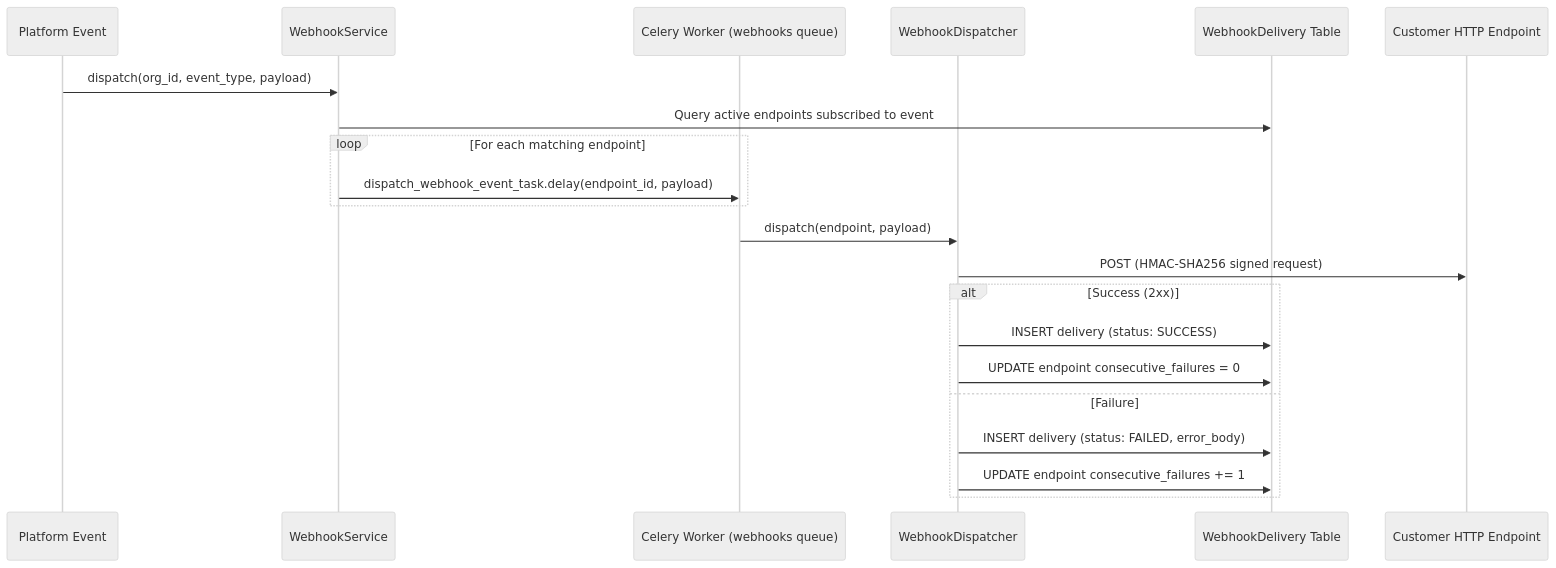
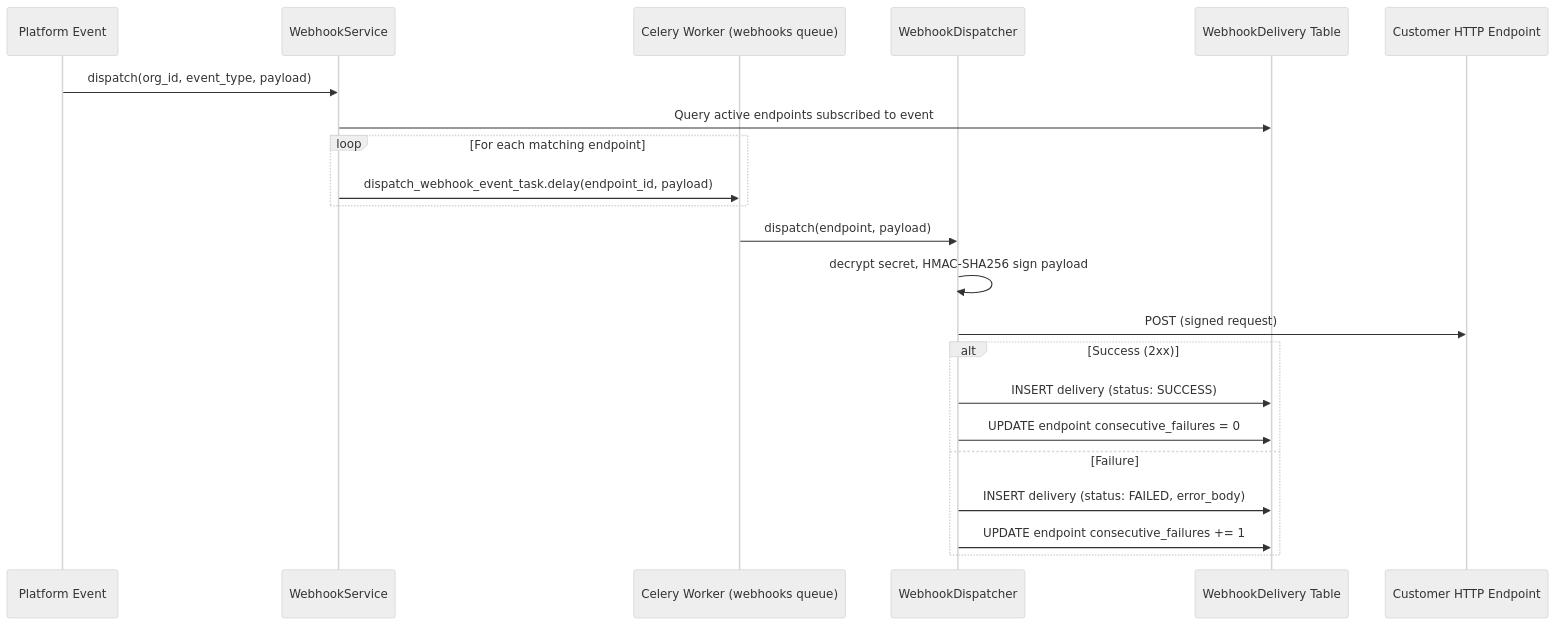
The fifth of 7 diagrams in README.md (AnubhavDas651629/SUPPORT-AI), drawn with Mermaid (neutral theme) before and after one commit. The commit also changed other lines of this file and 1 other file, not shown here.

````diff
--- a/README.md
+++ b/README.md
@@ -143,24 +203,25 @@
 ```mermaid
 sequenceDiagram
     participant Event as Platform Event
     participant WebhookSvc as WebhookService
     participant Celery as Celery Worker (webhooks queue)
     participant Dispatcher as WebhookDispatcher
     participant DB as WebhookDelivery Table
     participant Customer as Customer HTTP Endpoint
 
     Event->>WebhookSvc: dispatch(org_id, event_type, payload)
     WebhookSvc->>DB: Query active endpoints subscribed to event
     loop For each matching endpoint
         WebhookSvc->>Celery: dispatch_webhook_event_task.delay(endpoint_id, payload)
     end
     Celery->>Dispatcher: dispatch(endpoint, payload)
-    Dispatcher->>Customer: POST (HMAC-SHA256 signed request)
+    Dispatcher->>Dispatcher: decrypt secret, HMAC-SHA256 sign payload
+    Dispatcher->>Customer: POST (signed request)
     alt Success (2xx)
         Dispatcher->>DB: INSERT delivery (status: SUCCESS)
         Dispatcher->>DB: UPDATE endpoint consecutive_failures = 0
     else Failure
         Dispatcher->>DB: INSERT delivery (status: FAILED, error_body)
         Dispatcher->>DB: UPDATE endpoint consecutive_failures += 1
     end
 ```
````
